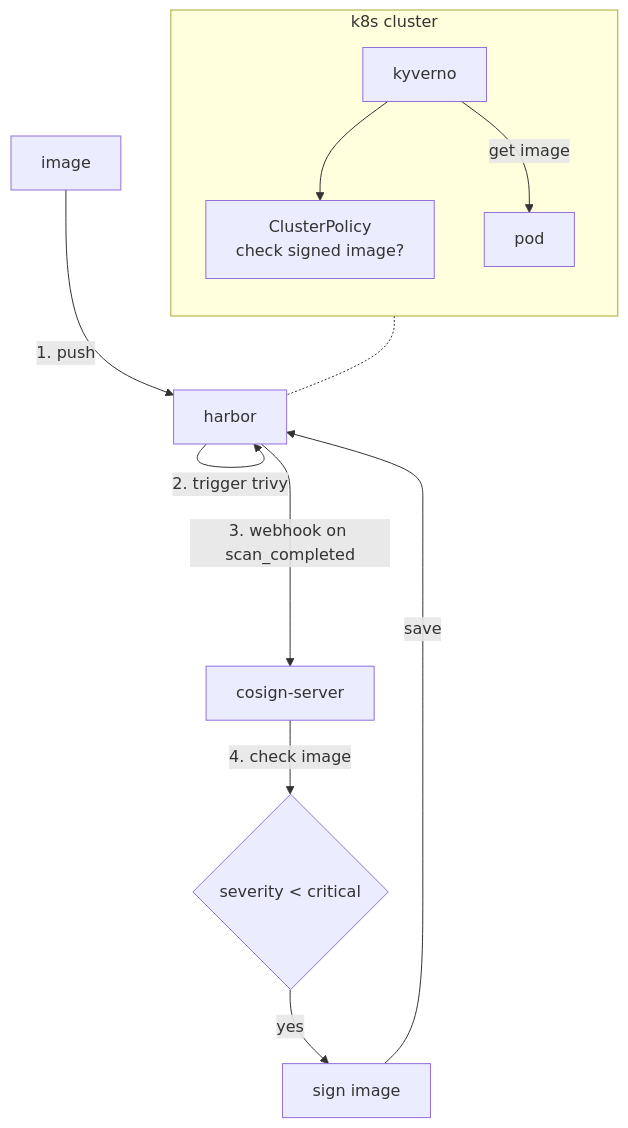
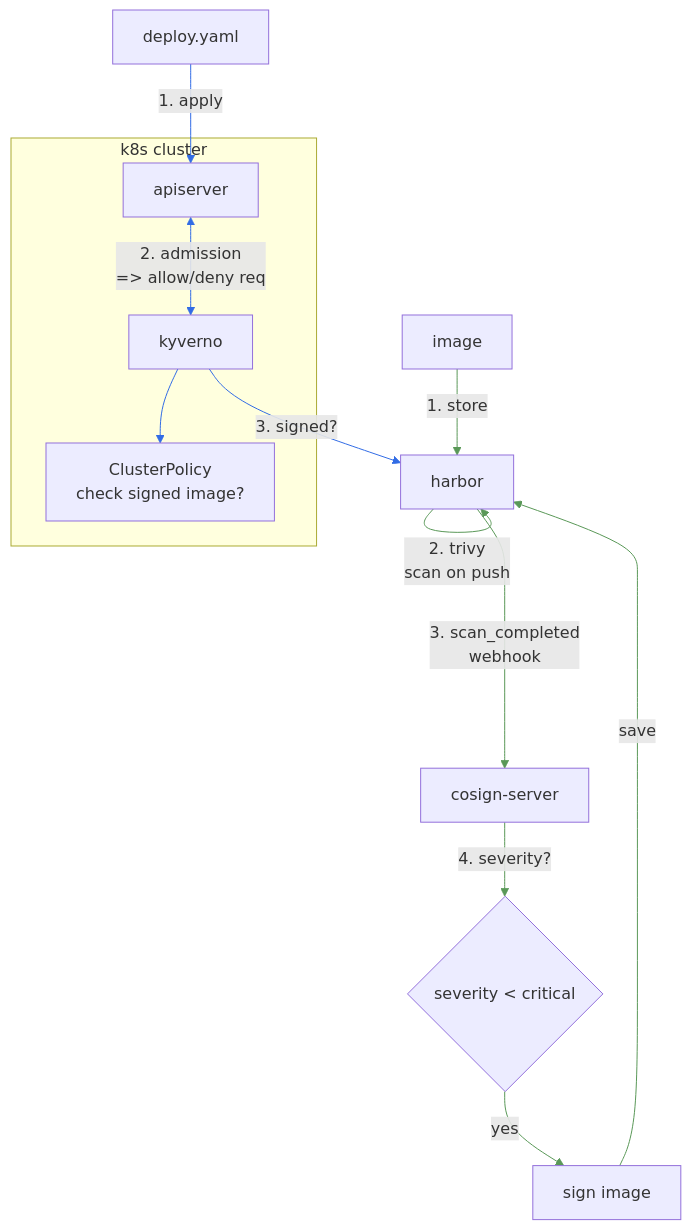
One commit to lmhinnel/kubecon changed the diagram in readme.md. Above: the diagram before and after it, drawn with Mermaid. The commit also changed other lines of this file and 16 other files, not shown here.

````diff
--- a/readme.md
+++ b/readme.md
@@ -4,18 +5,29 @@
 ```mermaid
 flowchart TB
  subgraph s1["k8s cluster"]
-    direction TD
         n2["kyverno"]
         n3["ClusterPolicy<br>check signed image?"]
-        n4["pod"]
+        n4["apiserver"]
   end
-    A["image"] -- "1. push" --> B["harbor"]
-    B -- "2. trigger trivy" --> B
+    n5["deploy.yaml"] -- "1. apply" --> n4
+    n4 <-- "2. admission<br>=&gt; allow/deny req" --> n2
+    n2 -- "3. signed?" --> B
+    n2 --> n3
+    A["image"] -- "1. store" --> B["harbor"]
+    B -- "2. trivy<br/>scan on push" --> B
     C{"severity &lt; critical"} -- yes --> D["sign image"]
-    B -- "3. webhook on scan_completed" ----> n1["cosign-server"]
-    n1 -- "4. check image" --> C
+    B -- "3. scan_completed<br/>webhook" ----> n1["cosign-server"]
+    n1 -- "4. severity?" --> C
     D -- save --> B
-    n2 --> n3
-    n2 -- get image --> n4
-    n2 -.- B
+
+    linkStyle 0 stroke:#326CE5,fill:none
+    linkStyle 1 stroke:#326CE5,fill:none
+    linkStyle 2 stroke:#326CE5,fill:none
+    linkStyle 3 stroke:#326CE5,fill:none
+    linkStyle 4 stroke:#5A9858,fill:none
+    linkStyle 5 stroke:#5A9858,fill:none
+    linkStyle 6 stroke:#5A9858,fill:none
+    linkStyle 7 stroke:#5A9858,fill:none
+    linkStyle 8 stroke:#5A9858,fill:none
+    linkStyle 9 stroke:#5A9858,fill:none
 ```
````
